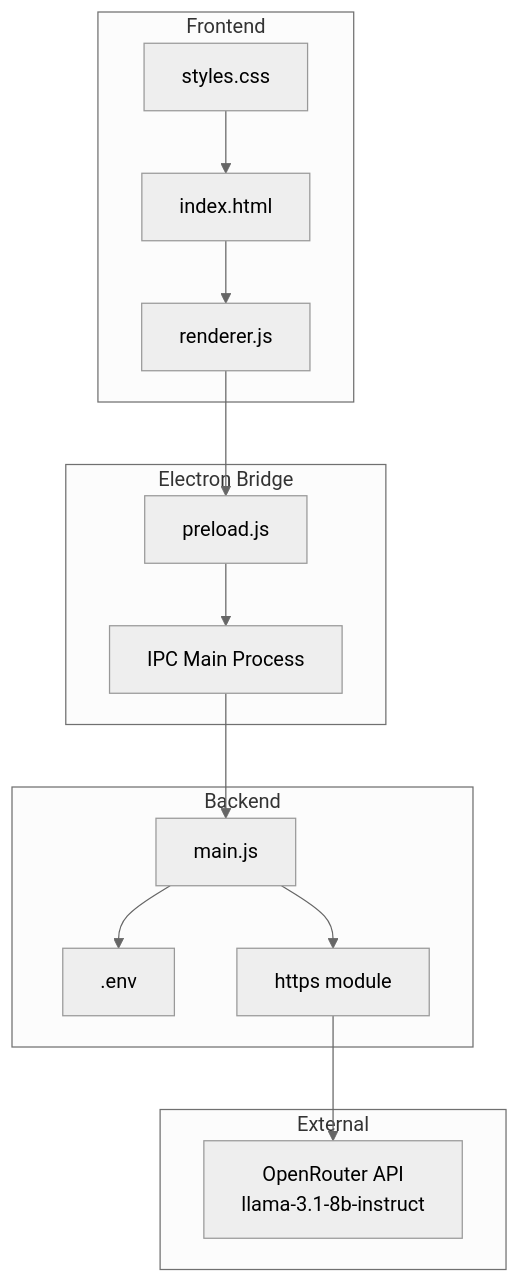
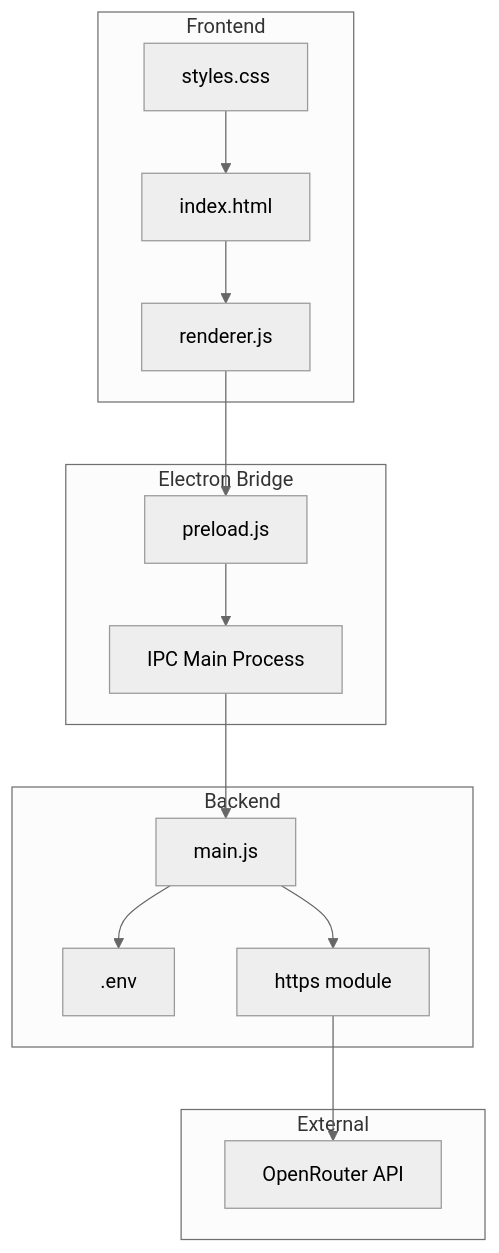
The first of 2 diagrams in docs/diagram.md (belyyf/-------------), drawn with Mermaid (neutral theme) before and after one commit.

````diff
--- a/docs/diagram.md
+++ b/docs/diagram.md
@@ -3,32 +3,32 @@
 ```mermaid
 graph TB
     subgraph "Frontend"
         HTML[index.html]
         CSS[styles.css]
         Renderer[renderer.js]
     end
 
     subgraph "Electron Bridge"
         Preload[preload.js]
         IPCMain[IPC Main Process]
     end
 
     subgraph "Backend"
         Main[main.js]
         DotEnv[.env]
         HTTPS[https module]
     end
 
     subgraph "External"
-        OpenRouter[OpenRouter API<br/>llama-3.1-8b-instruct]
+        OpenRouter[OpenRouter API<br/>]
     end
 
     HTML --> Renderer
     CSS --> HTML
     Renderer --> Preload
     Preload --> IPCMain
     IPCMain --> Main
     Main --> DotEnv
     Main --> HTTPS
     HTTPS --> OpenRouter
 ```
````
